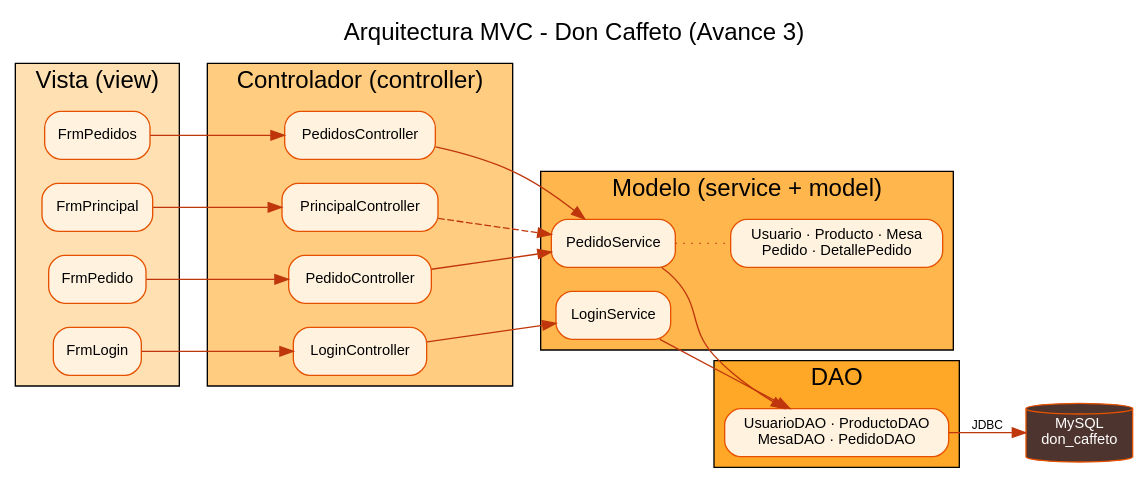
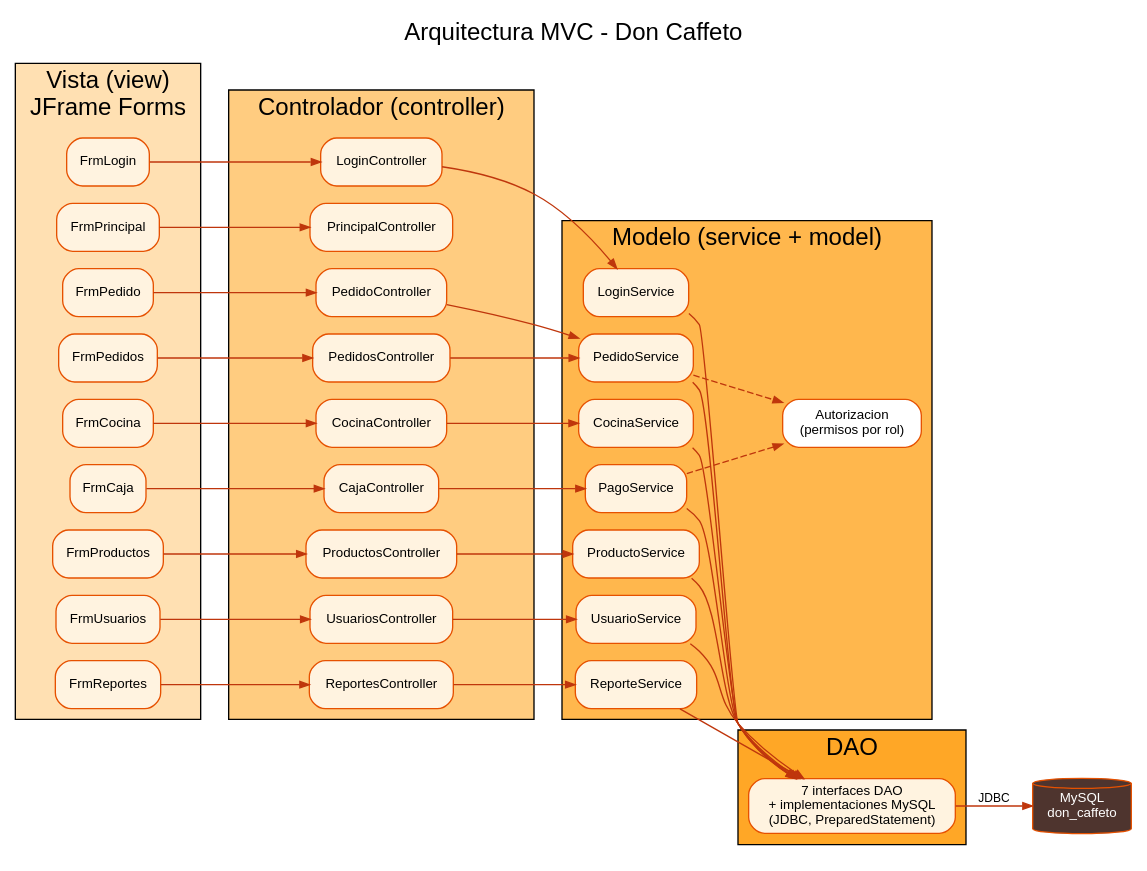
One commit to tonylee-ops/don-caffeto-apf3 changed the diagram in docs/diagramas/mvc.dot. Above: the diagram before and after it, drawn with Graphviz. The commit also changed 102 other files, not shown here.

First line of the commit message:
Documentación: guía de Workbench y NetBeans, diagramas, Javadoc y capturas

```diff
--- a/docs/diagramas/mvc.dot
+++ b/docs/diagramas/mvc.dot
@@ -1,13 +1,23 @@
 digraph MVC {
-  rankdir=LR; fontname="Helvetica"; label="Arquitectura MVC - Don Caffeto (Avance 3)"; labelloc=t; fontsize=18;
-  node [shape=box, style="rounded,filled", fontname="Helvetica", fontsize=11, fillcolor="#FFF3E0", color="#E65100"];
-  edge [color="#BF360C", fontname="Helvetica", fontsize=9];
-  subgraph cluster_v { label="Vista (view)"; style=filled; fillcolor="#FFE0B2"; FrmLogin; FrmPrincipal; FrmPedido; FrmPedidos; }
-  subgraph cluster_c { label="Controlador (controller)"; style=filled; fillcolor="#FFCC80"; LoginController; PrincipalController; PedidoController; PedidosController; }
-  subgraph cluster_m { label="Modelo (service + model)"; style=filled; fillcolor="#FFB74D"; LoginService; PedidoService; Modelo [label="Usuario · Producto · Mesa\nPedido · DetallePedido"]; }
-  subgraph cluster_d { label="DAO"; style=filled; fillcolor="#FFA726"; DAO [label="UsuarioDAO · ProductoDAO\nMesaDAO · PedidoDAO"]; }
+  rankdir=LR; fontname="Helvetica"; label="Arquitectura MVC - Don Caffeto"; labelloc=t; fontsize=18; nodesep=0.18;
+  node [shape=box, style="rounded,filled", fontname="Helvetica", fontsize=10, fillcolor="#FFF3E0", color="#E65100"];
+  edge [color="#BF360C", fontname="Helvetica", fontsize=9, arrowsize=0.7];
+  subgraph cluster_v { label="Vista (view)\nJFrame Forms"; style=filled; fillcolor="#FFE0B2";
+    FrmLogin; FrmPrincipal; FrmPedido; FrmPedidos; FrmCocina; FrmCaja; FrmProductos; FrmUsuarios; FrmReportes; }
+  subgraph cluster_c { label="Controlador (controller)"; style=filled; fillcolor="#FFCC80";
+    LoginController; PrincipalController; PedidoController; PedidosController; CocinaController; CajaController;
+    ProductosController; UsuariosController; ReportesController; }
+  subgraph cluster_m { label="Modelo (service + model)"; style=filled; fillcolor="#FFB74D";
+    Autorizacion [label="Autorizacion\n(permisos por rol)", fillcolor="#FFFFFF"];
+    LoginService; PedidoService; CocinaService; PagoService; ProductoService; UsuarioService; ReporteService; }
+  subgraph cluster_d { label="DAO"; style=filled; fillcolor="#FFA726";
+    DAO [label="7 interfaces DAO\n+ implementaciones MySQL\n(JDBC, PreparedStatement)"]; }
   BD [shape=cylinder, fillcolor="#4E342E", fontcolor=white, label="MySQL\ndon_caffeto"];
   FrmLogin -> LoginController; FrmPrincipal -> PrincipalController; FrmPedido -> PedidoController; FrmPedidos -> PedidosController;
-  LoginController -> LoginService; PedidoController -> PedidoService; PedidosController -> PedidoService; PrincipalController -> PedidoService [style=dashed];
-  LoginService -> DAO; PedidoService -> DAO; PedidoService -> Modelo [style=dotted, arrowhead=none]; DAO -> BD [label="JDBC"];
+  FrmCocina -> CocinaController; FrmCaja -> CajaController; FrmProductos -> ProductosController; FrmUsuarios -> UsuariosController; FrmReportes -> ReportesController;
+  LoginController -> LoginService; PedidoController -> PedidoService; PedidosController -> PedidoService; CocinaController -> CocinaService;
+  CajaController -> PagoService; ProductosController -> ProductoService; UsuariosController -> UsuarioService; ReportesController -> ReporteService;
+  PedidoService -> Autorizacion [style=dashed]; PagoService -> Autorizacion [style=dashed];
+  LoginService -> DAO; PedidoService -> DAO; CocinaService -> DAO; PagoService -> DAO; ProductoService -> DAO; UsuarioService -> DAO; ReporteService -> DAO;
+  DAO -> BD [label="JDBC"];
 }
```
